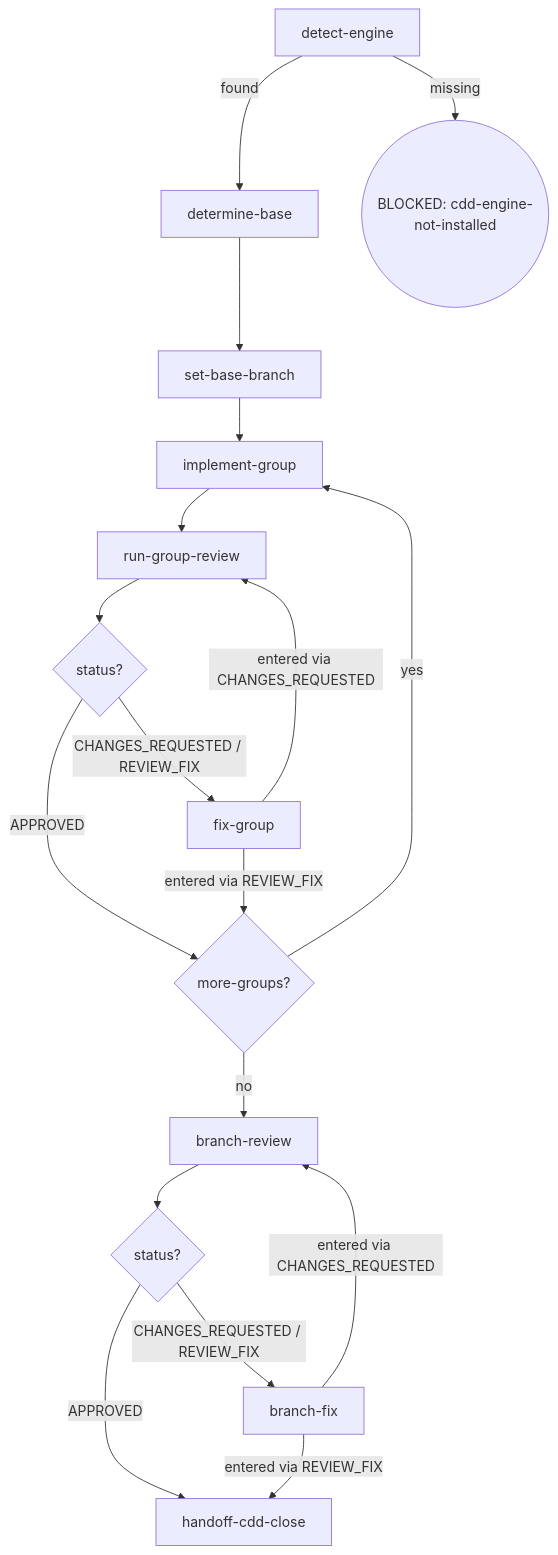
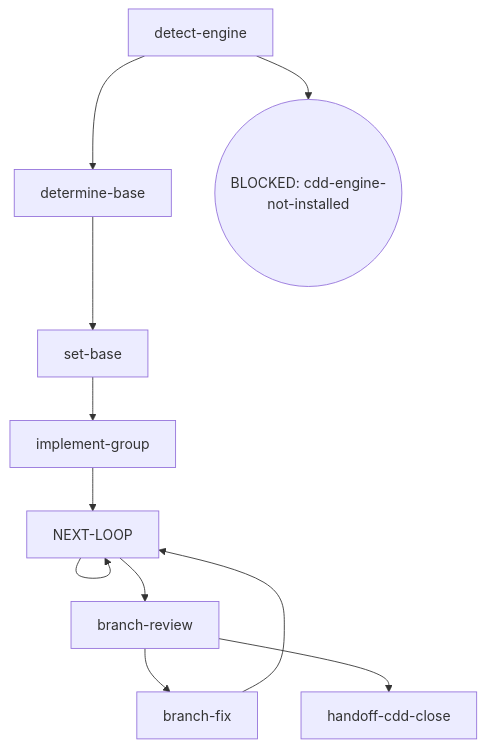
The diagram in packages/kairos/skills/cdd-dev/SKILL.md (Oscaner/skills), drawn with Mermaid before and after one commit. The commit also changed other lines of this file and 30 other files, not shown here.

````diff
--- a/packages/kairos/skills/cdd-dev/SKILL.md
+++ b/packages/kairos/skills/cdd-dev/SKILL.md
@@ -12,20 +12,13 @@
 ```mermaid
 flowchart TD
-  A[detect-engine] -->|found| B[determine-base]
-  A -->|missing| Z0((BLOCKED: cdd-engine-not-installed))
-  B --> C[set-base-branch]
-  C --> D[implement-group]
-  D --> E[run-group-review]
-  E --> F{status?}
-  F -->|CHANGES_REQUESTED / REVIEW_FIX| G[fix-group]
-  F -->|APPROVED| H{more-groups?}
-  G -->|entered via CHANGES_REQUESTED| E
-  G -->|entered via REVIEW_FIX| H{more-groups?}
-  H -->|yes| D
-  H -->|no| K[branch-review]
-  K --> I{status?}
-  I -->|CHANGES_REQUESTED / REVIEW_FIX| J[branch-fix]
-  I -->|APPROVED| L[handoff-cdd-close]
-  J -->|entered via CHANGES_REQUESTED| K
-  J -->|entered via REVIEW_FIX| L[handoff-cdd-close]
+  A[detect-engine] --> B[determine-base]
+  A --> Z0((BLOCKED: cdd-engine-not-installed))
+  B --> C[set-base]
+  C --> E[implement-group]
+  E --> L[NEXT-LOOP]
+  L --> L
+  L --> K[branch-review]
+  K --> F[branch-fix]
+  F --> L
+  K --> H[handoff-cdd-close]
 ```
````
